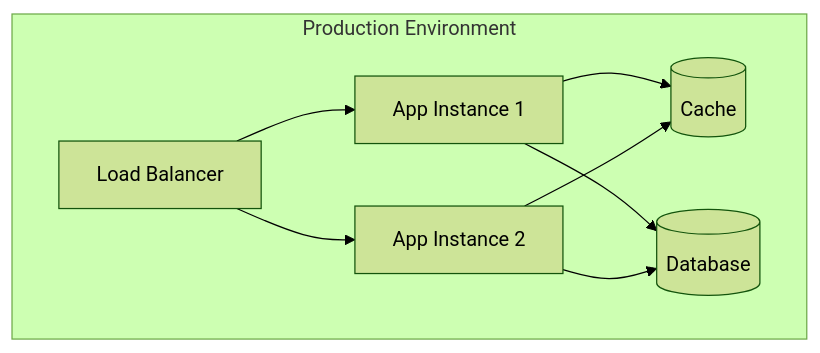
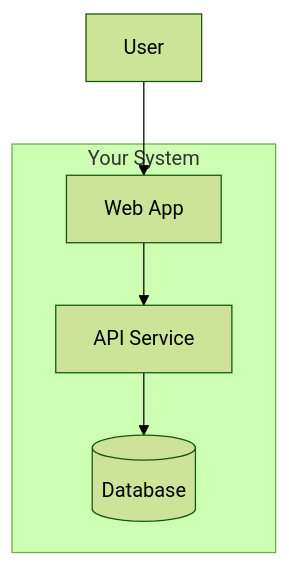
Before and after one commit to TylerJPresley/voidrift: the second of 3 diagrams in resources/templates/ARCHITECTURE-TEMPLATE.md, drawn with Mermaid (forest theme). The commit also changed other lines of this file and 9 other files, not shown here.

````diff
--- a/resources/templates/ARCHITECTURE-TEMPLATE.md
+++ b/resources/templates/ARCHITECTURE-TEMPLATE.md
@@ -161,17 +39,12 @@
 ```mermaid
 graph TB
-    subgraph "Production Environment"
-        LB[Load Balancer]
-        App1[App Instance 1]
-        App2[App Instance 2]
+    subgraph "Your System"
+        WebApp[Web App]
+        API[API Service]
         DB[(Database)]
-        Cache[(Cache)]
     end
     
-    LB --> App1
-    LB --> App2
-    App1 --> Cache
-    App2 --> Cache
-    App1 --> DB
-    App2 --> DB
+    User --> WebApp
+    WebApp --> API
+    API --> DB
 ```
````
